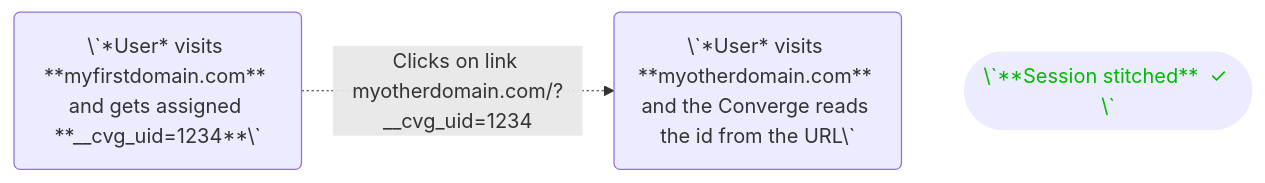
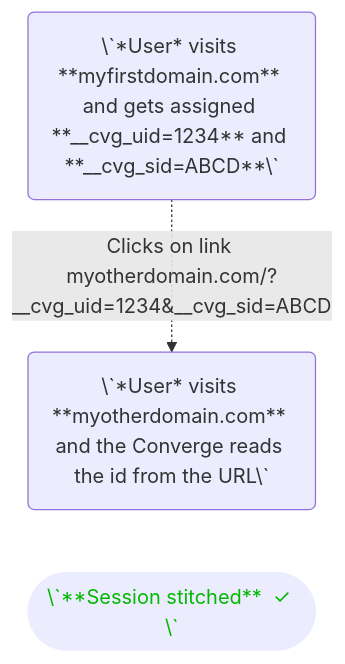
Before and after one commit to run-converge/docs-mintlify: the diagram in sources/website-integrations/converge-pixel.mdx, drawn with Mermaid. The commit also changed other lines of this file and 11 other files, not shown here.

````diff
--- a/sources/website-integrations/converge-pixel.mdx
+++ b/sources/website-integrations/converge-pixel.mdx
@@ -81,6 +81,5 @@
 ```mermaid
-flowchart LR
-  id1("\`*User* visits **myfirstdomain.com** and gets assigned **__cvg_uid=1234**\`") -. "Clicks on link myotherdomain.com/?__cvg_uid=1234" .-> id2("\`*User* visits **myotherdomain.com** and the Converge reads the id from the URL\`") ~~~ id3(["\`**Session stitched**  ✓ \`"])
+flowchart TB
+  id1("\`*User* visits **myfirstdomain.com** and gets assigned **__cvg_uid=1234** and **__cvg_sid=ABCD**\`") -. "Clicks on link myotherdomain.com/?__cvg_uid=1234&__cvg_sid=ABCD" .-> id2("\`*User* visits **myotherdomain.com** and the Converge reads the id from the URL\`") ~~~ id3(["\`**Session stitched**  ✓ \`"])
   style id3 color:#02b802,stroke:none
-
 ```
````
